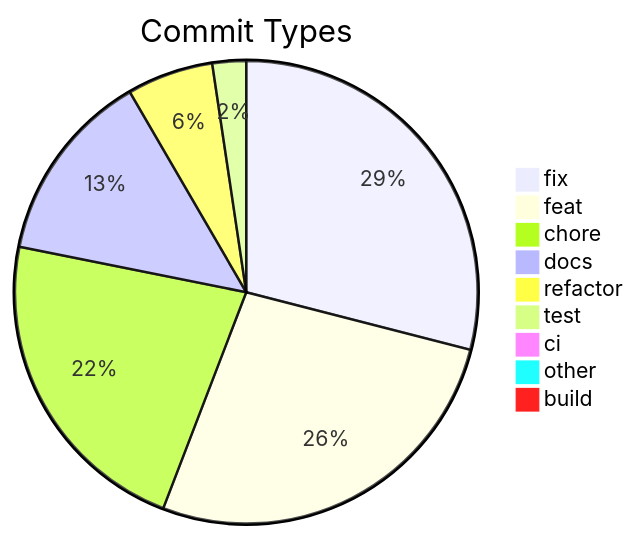
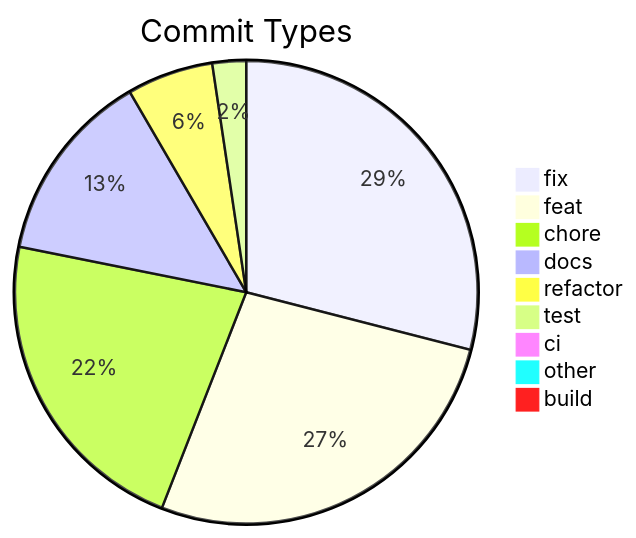
The diagram in .shipwright/compliance/change-history.md (svenroth-ai/shipwright), drawn with Mermaid before and after one commit. The commit also changed other lines of this file and 51 other files, not shown here.

````diff
--- a/.shipwright/compliance/change-history.md
+++ b/.shipwright/compliance/change-history.md
@@ -8,12 +8,12 @@
 ```mermaid
 pie title Commit Types
     "fix" : 308
-    "feat" : 285
-    "chore" : 237
+    "feat" : 286
+    "chore" : 236
     "docs" : 143
     "refactor" : 64
     "test" : 25
     "ci" : 8
     "other" : 7
     "build" : 1
 ```
````
